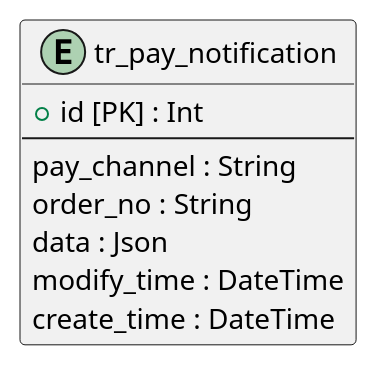
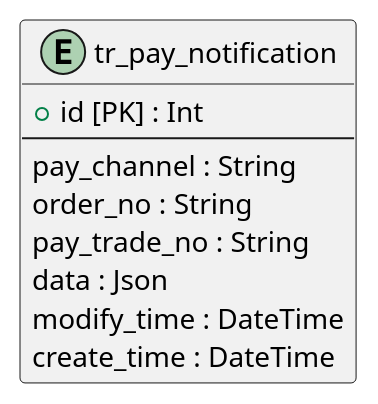
Diagram 24 of 37 in src/doc/ER-D.puml (yuyongpeng/admin-server), drawn with PlantUML before and after one commit. The commit also changed other lines of this file and 27 other files, not shown here.

```diff
--- a/src/doc/ER-D.puml
+++ b/src/doc/ER-D.puml
@@ -1868,16 +1935,17 @@
 @startuml tr_pay_notification
 skinparam linetype ortho
 entity "tr_pay_notification" as tr_pay_notification {
 + id [PK] : Int 
 --
   pay_channel : String
   order_no : String
+  pay_trade_no : String
   data : Json
   modify_time : DateTime
   create_time : DateTime
 }
 
 ' Relations
 ' ManyToMany Relations
 ' enum relations
 @enduml
```
